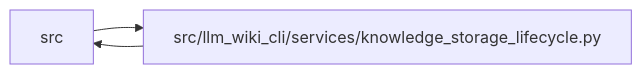
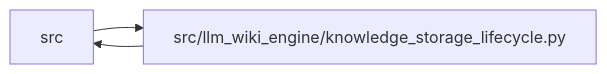
One commit to Denissvgn/python-wiki-llm changed the diagram in docs/llm_wiki/modules/knowledge_storage_lifecycle.md. Above: the diagram before and after it, drawn with Mermaid. The commit also changed other lines of this file and 1058 other files, not shown here.

First line of the commit message:
docs: refresh the wiki for the knowledge store move

````diff
--- a/docs/llm_wiki/modules/knowledge_storage_lifecycle.md
+++ b/docs/llm_wiki/modules/knowledge_storage_lifecycle.md
@@ -48,8 +48,8 @@
 ```mermaid
 flowchart LR
     n0["src"]
-    n1["src/llm_wiki_cli/services/knowledge_storage_lifecycle.py"]
+    n1["src/llm_wiki_engine/knowledge_storage_lifecycle.py"]
     n0 --> n1
     n1 --> n0
     click n1 "../modules/knowledge_storage_lifecycle.md"
 ```
````
